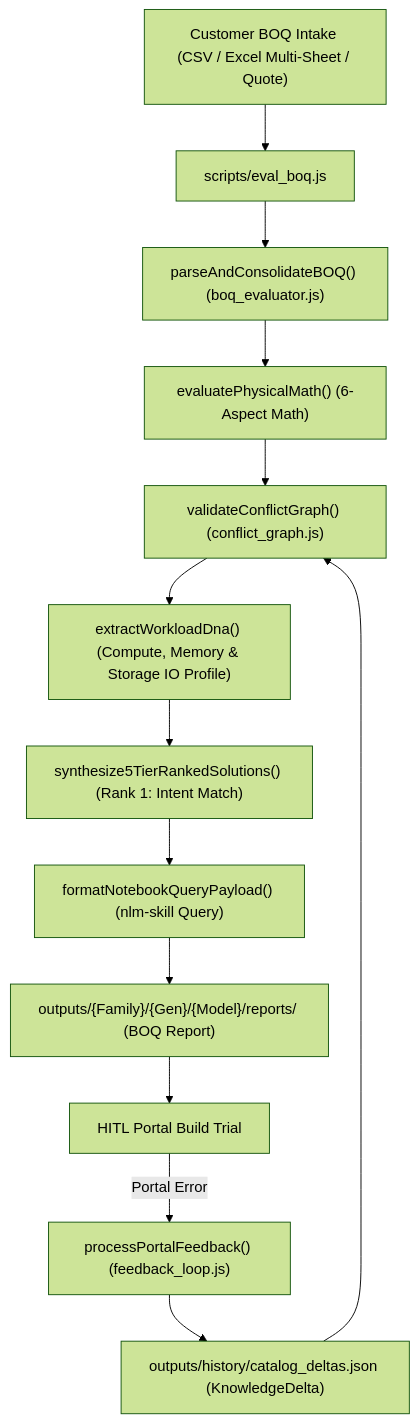
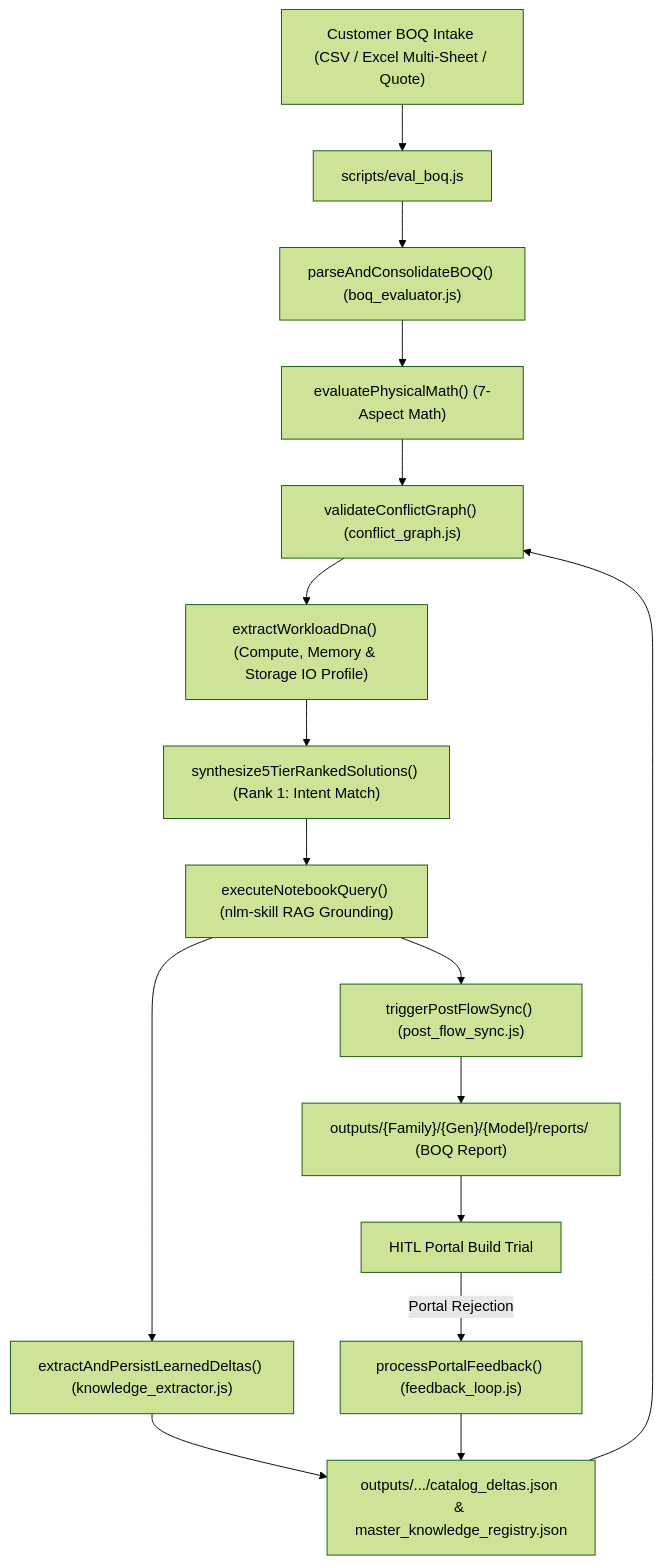
Before and after one commit to vinodhsubramanian123/updatedVendorScrapingNotebook-v2: the diagram in .agents/skills/boq-eval-skill/SKILL.md, drawn with Mermaid (forest theme). The commit also changed 2 other files, not shown here.

Commit message:
docs(agents): update semantic graph metrics (2352 nodes, 0% ambiguity) & closed-loop skill directives

````diff
--- a/.agents/skills/boq-eval-skill/SKILL.md
+++ b/.agents/skills/boq-eval-skill/SKILL.md
@@ -14,15 +14,18 @@
 ```mermaid
 graph TD
     A["Customer BOQ Intake (CSV / Excel Multi-Sheet / Quote)"] --> B["scripts/eval_boq.js"]
     B --> C["parseAndConsolidateBOQ() (boq_evaluator.js)"]
-    C --> D["evaluatePhysicalMath() (6-Aspect Math)"]
+    C --> D["evaluatePhysicalMath() (7-Aspect Math)"]
     D --> E["validateConflictGraph() (conflict_graph.js)"]
     E --> F["extractWorkloadDna() (Compute, Memory & Storage IO Profile)"]
     F --> G["synthesize5TierRankedSolutions() (Rank 1: Intent Match)"]
-    G --> H["formatNotebookQueryPayload() (nlm-skill Query)"]
-    H --> I["outputs/{Family}/{Gen}/{Model}/reports/ (BOQ Report)"]
+    G --> H["executeNotebookQuery() (nlm-skill RAG Grounding)"]
+    H --> M["extractAndPersistLearnedDeltas() (knowledge_extractor.js)"]
+    M --> L["outputs/.../catalog_deltas.json & master_knowledge_registry.json"]
+    L --> E
+    H --> N["triggerPostFlowSync() (post_flow_sync.js)"]
+    N --> I["outputs/{Family}/{Gen}/{Model}/reports/ (BOQ Report)"]
     I --> J["HITL Portal Build Trial"]
-    J -- "Portal Error" --> K["processPortalFeedback() (feedback_loop.js)"]
-    K --> L["outputs/history/catalog_deltas.json (KnowledgeDelta)"]
-    L --> E
+    J -- "Portal Rejection" --> K["processPortalFeedback() (feedback_loop.js)"]
+    K --> L
 ```
````
